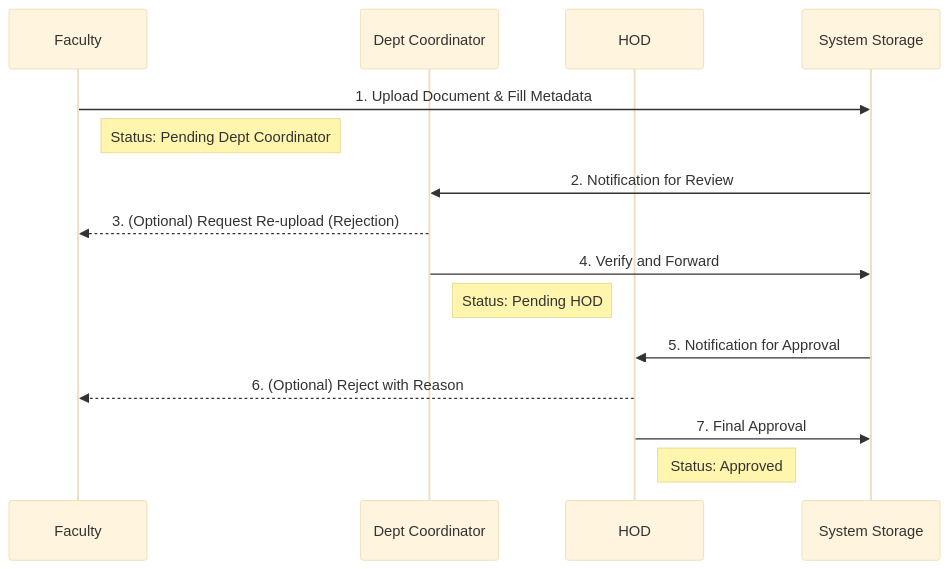
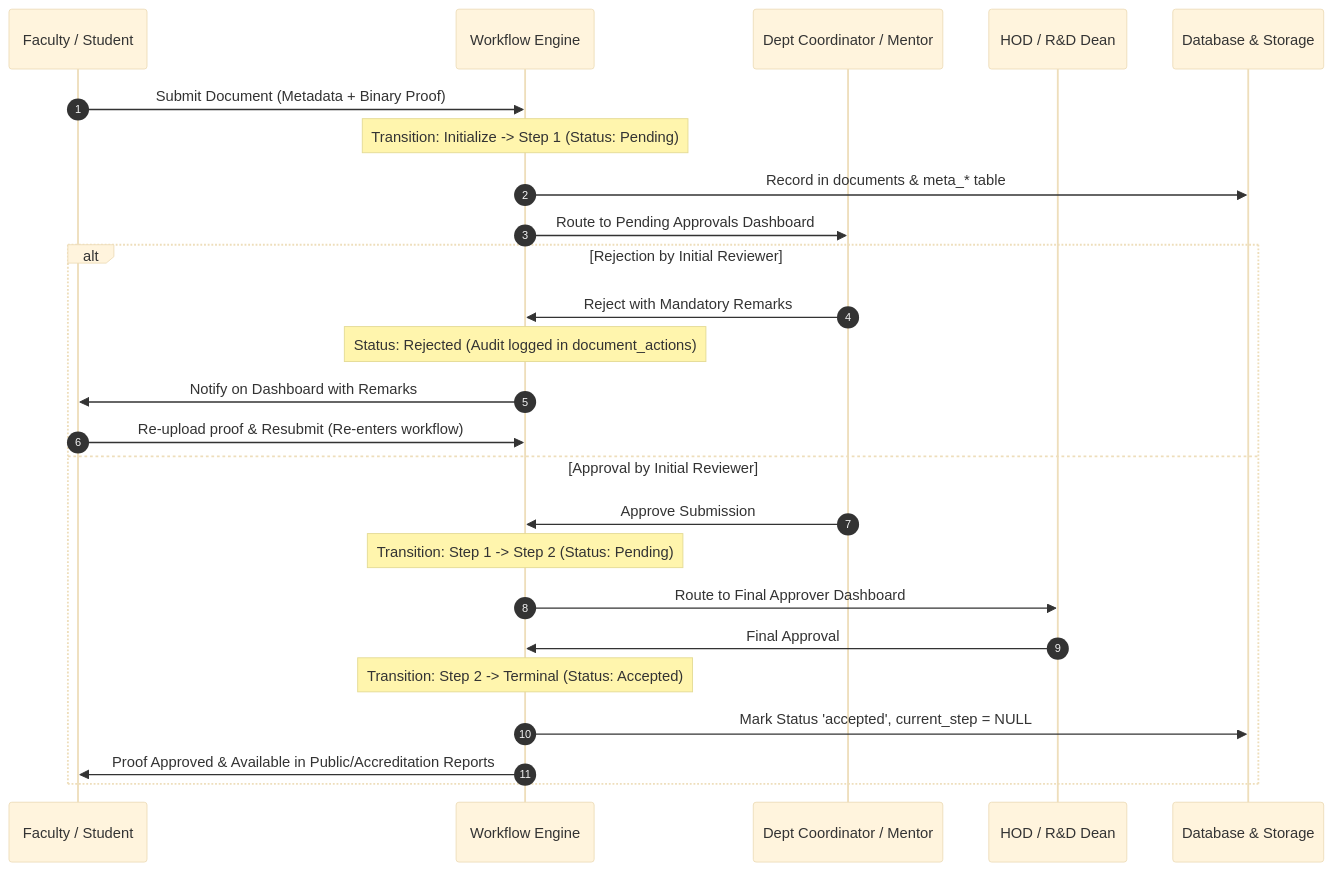
Before and after one commit to Karanam-Gowtham/FMS: the second of 3 diagrams in Project_Methodology_and_Flow.md, drawn with Mermaid (base theme). The commit also changed other lines of this file and 3 other files, not shown here.

````diff
--- a/Project_Methodology_and_Flow.md
+++ b/Project_Methodology_and_Flow.md
@@ -58,20 +71,29 @@
 ```mermaid
 sequenceDiagram
-    participant Faculty
-    participant DC as Dept Coordinator
-    participant HOD
-    participant Storage as System Storage
+    autonumber
+    participant Uploader as Faculty / Student
+    participant Engine as Workflow Engine
+    participant Reviewer1 as Dept Coordinator / Mentor
+    participant Reviewer2 as HOD / R&D Dean
+    participant Storage as Database & Storage
 
-    Faculty->>Storage: 1. Upload Document & Fill Metadata
-    Note right of Faculty: Status: Pending Dept Coordinator
+    Uploader->>Engine: Submit Document (Metadata + Binary Proof)
+    Note over Engine: Transition: Initialize -> Step 1 (Status: Pending)
+    Engine->>Storage: Record in documents & meta_* table
 
-    Storage->>DC: 2. Notification for Review
-    DC-->>Faculty: 3. (Optional) Request Re-upload (Rejection)
-    DC->>Storage: 4. Verify and Forward
-    Note right of DC: Status: Pending HOD
-
-    Storage->>HOD: 5. Notification for Approval
-    HOD-->>Faculty: 6. (Optional) Reject with Reason
-    HOD->>Storage: 7. Final Approval
-    Note right of HOD: Status: Approved
+    Engine->>Reviewer1: Route to Pending Approvals Dashboard
+    alt Rejection by Initial Reviewer
+        Reviewer1->>Engine: Reject with Mandatory Remarks
+        Note over Engine: Status: Rejected (Audit logged in document_actions)
+        Engine->>Uploader: Notify on Dashboard with Remarks
+        Uploader->>Engine: Re-upload proof & Resubmit (Re-enters workflow)
+    else Approval by Initial Reviewer
+        Reviewer1->>Engine: Approve Submission
+        Note over Engine: Transition: Step 1 -> Step 2 (Status: Pending)
+        Engine->>Reviewer2: Route to Final Approver Dashboard
+        Reviewer2->>Engine: Final Approval
+        Note over Engine: Transition: Step 2 -> Terminal (Status: Accepted)
+        Engine->>Storage: Mark Status 'accepted', current_step = NULL
+        Engine->>Uploader: Proof Approved & Available in Public/Accreditation Reports
+    end
 ```
````
